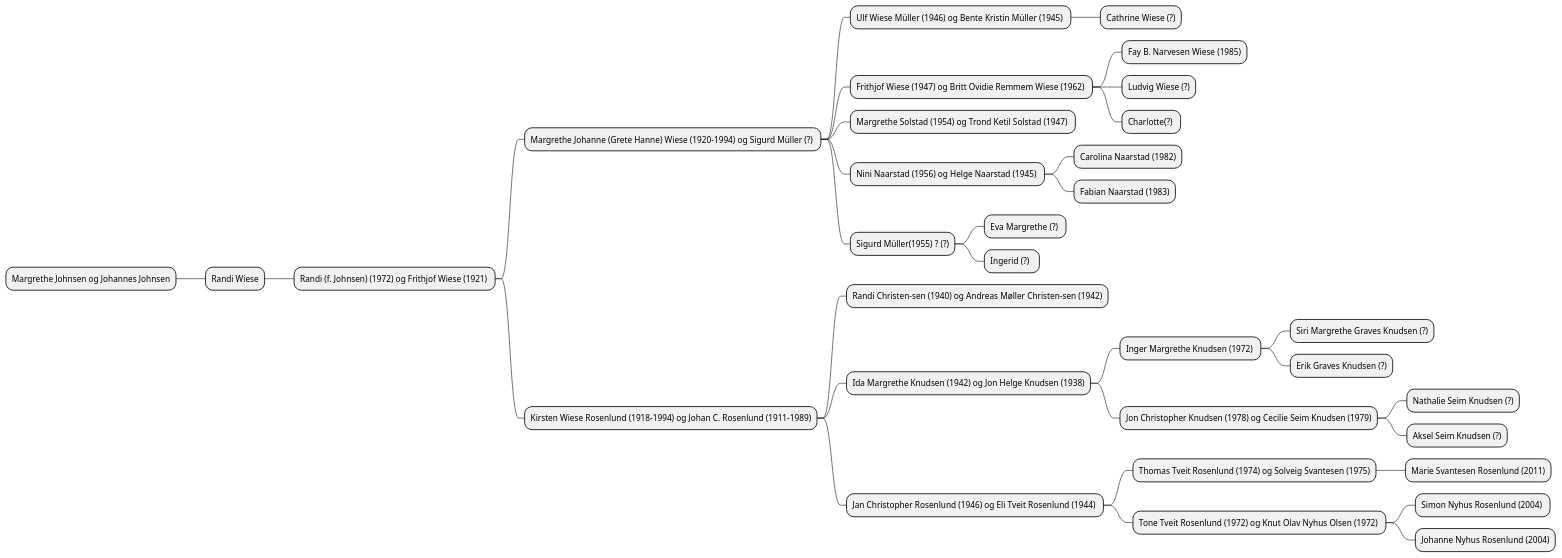
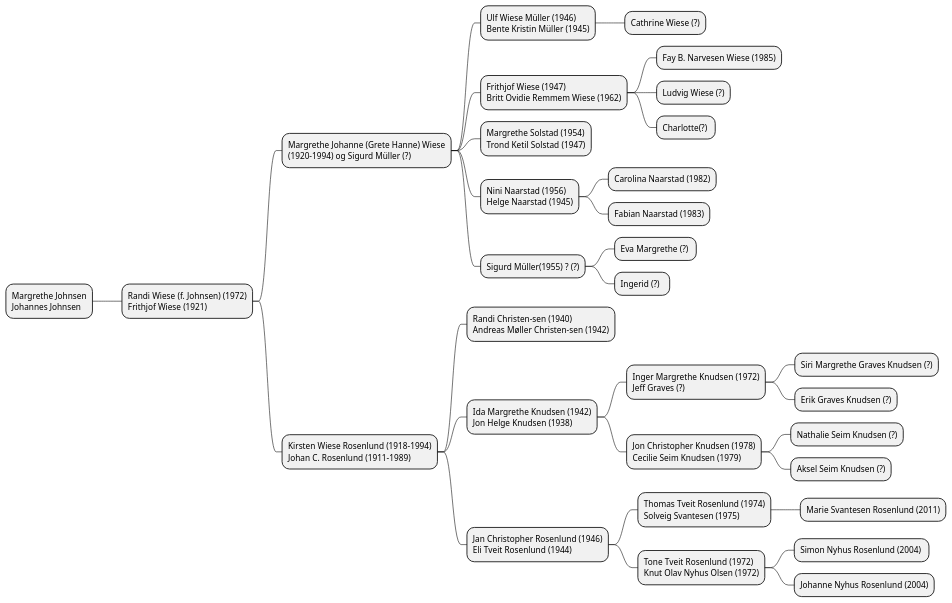
One commit to thomiz/test-IG changed the diagram in igs/family-tree/input/images-source/wiese-grenen.plantuml. Above: the diagram before and after it, drawn with PlantUML. The commit also changed 2 other files, not shown here.

```diff
--- a/igs/family-tree/input/images-source/wiese-grenen.plantuml
+++ b/igs/family-tree/input/images-source/wiese-grenen.plantuml
@@ -1,36 +1,50 @@
 @startmindmap
 
-* Margrethe Johnsen og Johannes Johnsen
-** Randi Wiese
-*** Randi (f. Johnsen) (1972) og Frithjof Wiese (1921) 
-**** Margrethe Johanne (Grete Hanne) Wiese (1920-1994) og Sigurd Müller (?) 
-***** Ulf Wiese Müller (1946) og Bente Kristin Müller (1945) 
-****** Cathrine Wiese (?)
-***** Frithjof Wiese (1947) og Britt Ovidie Remmem Wiese (1962) 
-****** Fay B. Narvesen Wiese (1985)
-****** Ludvig Wiese (?)
-****** Charlotte(?) 
-***** Margrethe Solstad (1954) og Trond Ketil Solstad (1947) 
-***** Nini Naarstad (1956) og Helge Naarstad (1945) 
-****** Carolina Naarstad (1982)
-****** Fabian Naarstad (1983)
-***** Sigurd Müller(1955) ? (?)
-****** Eva Margrethe (?) 
-****** Ingerid (?)  
-**** Kirsten Wiese Rosenlund (1918-1994) og Johan C. Rosenlund (1911-1989)
-***** Randi Christen-sen (1940) og Andreas Møller Christen-sen (1942)
-***** Ida Margrethe Knudsen (1942) og Jon Helge Knudsen (1938)
-****** Inger Margrethe Knudsen (1972) 
-******* Siri Margrethe Graves Knudsen (?)
-******* Erik Graves Knudsen (?)
-****** Jon Christopher Knudsen (1978) og Cecilie Seim Knudsen (1979)
-******* Nathalie Seim Knudsen (?)
-******* Aksel Seim Knudsen (?)
-***** Jan Christopher Rosenlund (1946) og Eli Tveit Rosenlund (1944) 
-****** Thomas Tveit Rosenlund (1974) og Solveig Svantesen (1975)
-******* Marie Svantesen Rosenlund (2011)
-****** Tone Tveit Rosenlund (1972) og Knut Olav Nyhus Olsen (1972) 
-******* Simon Nyhus Rosenlund (2004) 
-******* Johanne Nyhus Rosenlund (2004)
+*:Margrethe Johnsen 
+Johannes Johnsen;
+**:Randi Wiese (f. Johnsen) (1972) 
+Frithjof Wiese (1921);
+***:Margrethe Johanne (Grete Hanne) Wiese 
+(1920-1994) og Sigurd Müller (?);
+****:Ulf Wiese Müller (1946)
+Bente Kristin Müller (1945);
+***** Cathrine Wiese (?)
+****:Frithjof Wiese (1947)
+Britt Ovidie Remmem Wiese (1962);
+***** Fay B. Narvesen Wiese (1985)
+***** Ludvig Wiese (?)
+***** Charlotte(?) 
+****:Margrethe Solstad (1954)
+Trond Ketil Solstad (1947);
+****:Nini Naarstad (1956)
+Helge Naarstad (1945);
+***** Carolina Naarstad (1982)
+***** Fabian Naarstad (1983)
+**** Sigurd Müller(1955) ? (?)
+***** Eva Margrethe (?) 
+***** Ingerid (?)  
+***:Kirsten Wiese Rosenlund (1918-1994)
+Johan C. Rosenlund (1911-1989);
+****:Randi Christen-sen (1940)
+Andreas Møller Christen-sen (1942);
+****:Ida Margrethe Knudsen (1942)
+Jon Helge Knudsen (1938);
+*****:Inger Margrethe Knudsen (1972)
+Jeff Graves (?);
+****** Siri Margrethe Graves Knudsen (?)
+****** Erik Graves Knudsen (?)
+*****:Jon Christopher Knudsen (1978)
+Cecilie Seim Knudsen (1979);
+****** Nathalie Seim Knudsen (?)
+****** Aksel Seim Knudsen (?)
+****:Jan Christopher Rosenlund (1946)
+Eli Tveit Rosenlund (1944);
+*****:Thomas Tveit Rosenlund (1974)
+Solveig Svantesen (1975);
+****** Marie Svantesen Rosenlund (2011)
+*****:Tone Tveit Rosenlund (1972)
+Knut Olav Nyhus Olsen (1972);
+****** Simon Nyhus Rosenlund (2004) 
+****** Johanne Nyhus Rosenlund (2004)
 
 @endmindmap
```
